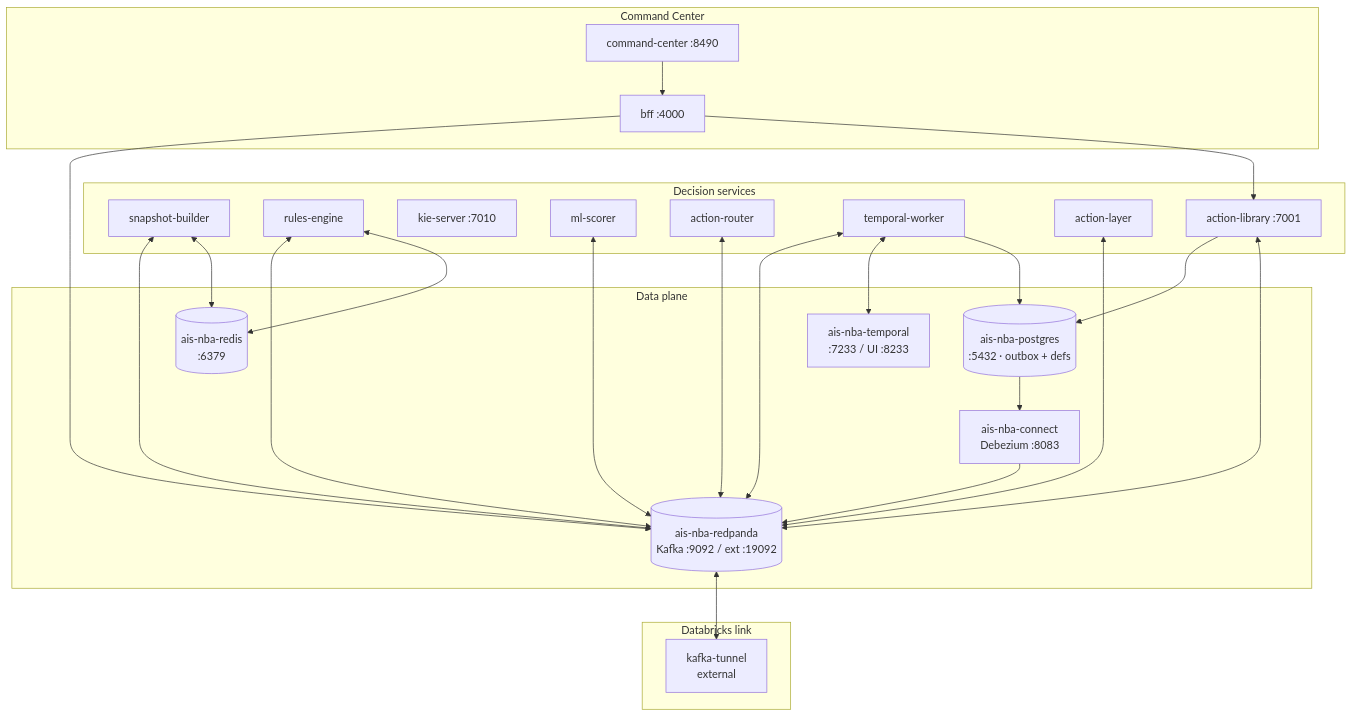
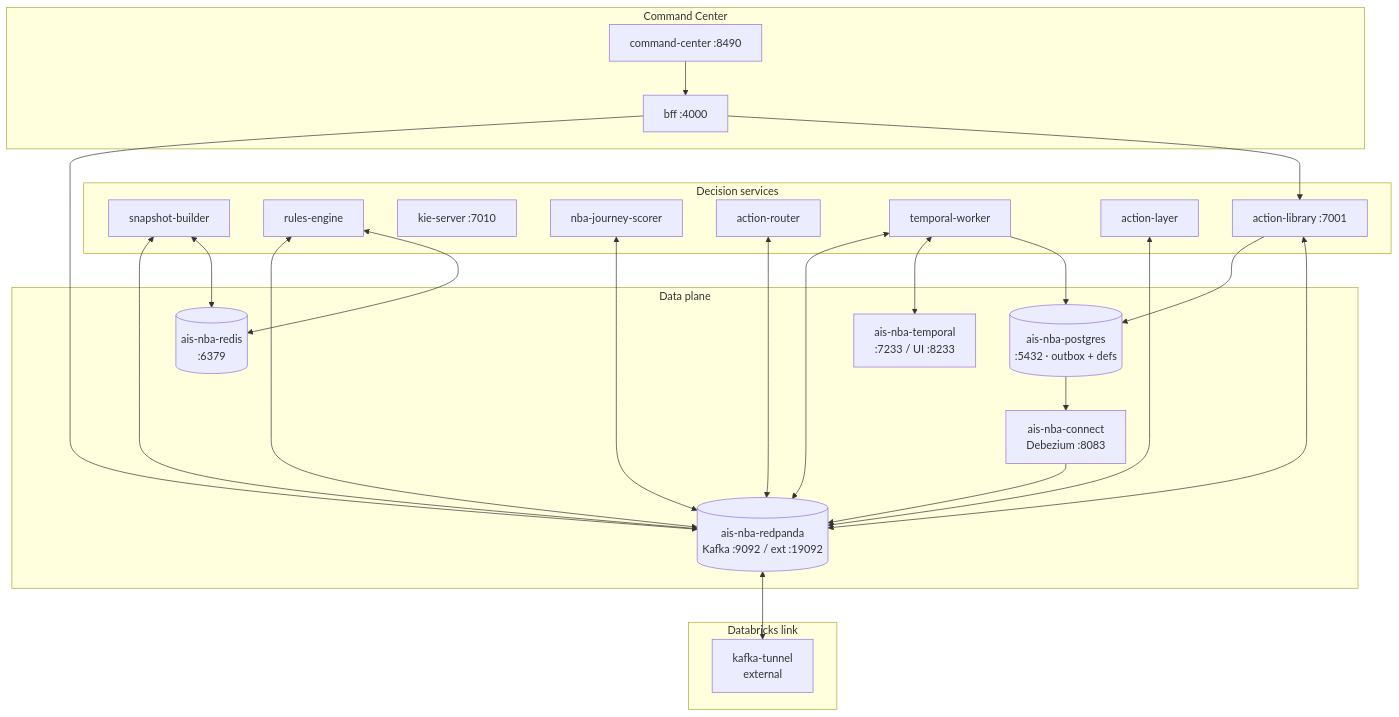
The first of 2 diagrams in nba/docs/09-infrastructure.md (joshuadmatthews/nba-poc), drawn with Mermaid before and after one commit. The commit also changed other lines of this file and 14 other files, not shown here.

````diff
--- a/nba/docs/09-infrastructure.md
+++ b/nba/docs/09-infrastructure.md
@@ -7,44 +7,44 @@
 ```mermaid
 flowchart TB
     subgraph data [Data plane]
         RP[(ais-nba-redpanda<br/>Kafka :9092 / ext :19092)]
         PG[(ais-nba-postgres<br/>:5432 · outbox + defs)]
         RD[(ais-nba-redis<br/>:6379)]
         TMP[ais-nba-temporal<br/>:7233 / UI :8233]
         CON[ais-nba-connect<br/>Debezium :8083]
     end
     subgraph svc [Decision services]
         SB[snapshot-builder]
         RU[rules-engine]
         KIE[kie-server :7010]
-        ML[ml-scorer]
+        ML[nba-journey-scorer]
         AR[action-router]
         TW[temporal-worker]
         ALY[action-layer]
         ALIB[action-library :7001]
     end
     subgraph ui [Command Center]
         BFF[bff :4000]
         CC[command-center :8490]
     end
     subgraph tunnel [Databricks link]
         KT[kafka-tunnel<br/>external]
     end
     PG --> CON --> RP
     SB <--> RP
     RU <--> RP
     ML <--> RP
     AR <--> RP
     TW <--> RP
     TW <--> TMP
     TW --> PG
     ALY <--> RP
     ALIB --> PG
     ALIB <--> RP
     SB <--> RD
     RU <--> RD
     BFF --> RP
     BFF --> ALIB
     CC --> BFF
     RP <--> KT
 ```
````
